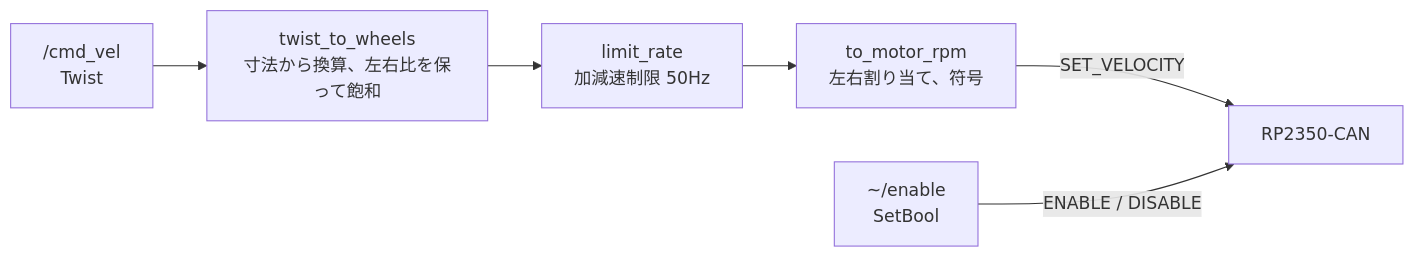
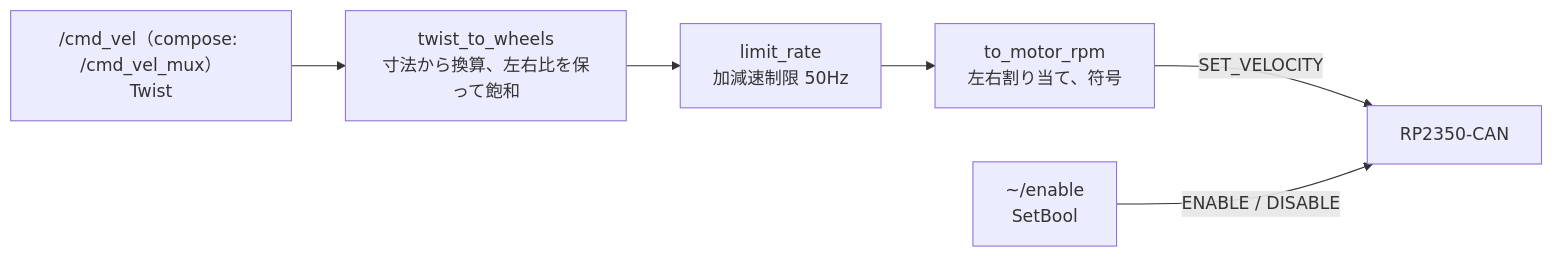
The fourth of 5 diagrams in docs/can_bridge_design.md (RoboCupper-tsukuchallebu/tsukuchalle_drivers), drawn with Mermaid before and after one commit. The commit also changed other lines of this file and 5 other files, not shown here.

````diff
--- a/docs/can_bridge_design.md
+++ b/docs/can_bridge_design.md
@@ -123,8 +123,8 @@
 ```mermaid
 flowchart LR
-    T["/cmd_vel<br>Twist"] --> K["twist_to_wheels<br>寸法から換算、左右比を保って飽和"]
+    T["/cmd_vel（compose: /cmd_vel_mux）<br>Twist"] --> K["twist_to_wheels<br>寸法から換算、左右比を保って飽和"]
     K --> R["limit_rate<br>加減速制限 50Hz"]
     R --> M["to_motor_rpm<br>左右割り当て、符号"]
     M -->|"SET_VELOCITY"| F["RP2350-CAN"]
     S["~/enable<br>SetBool"] -->|"ENABLE / DISABLE"| F
 ```
````
